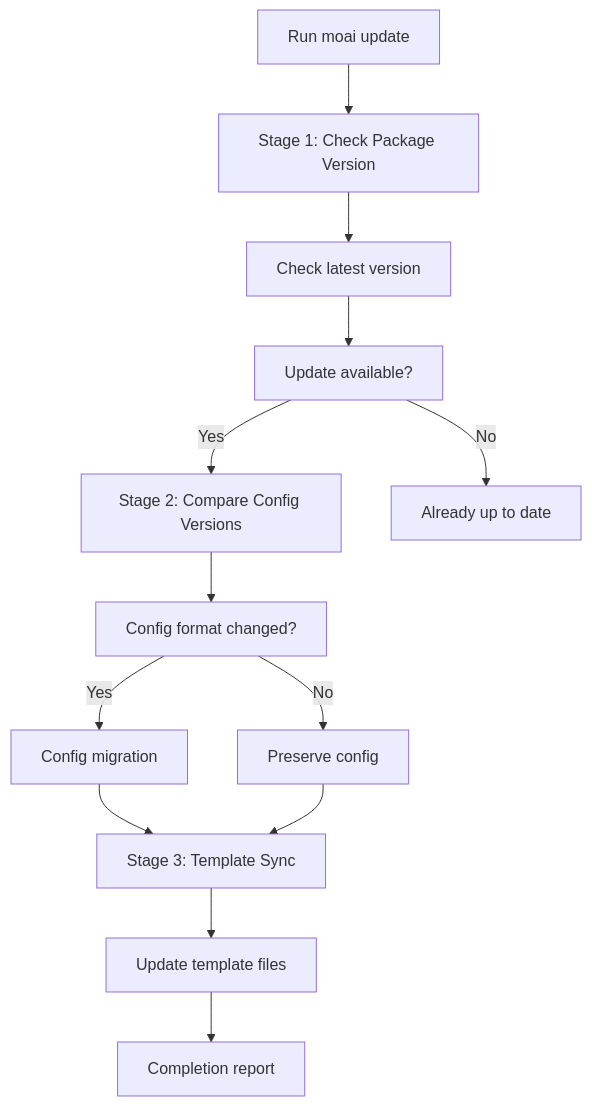
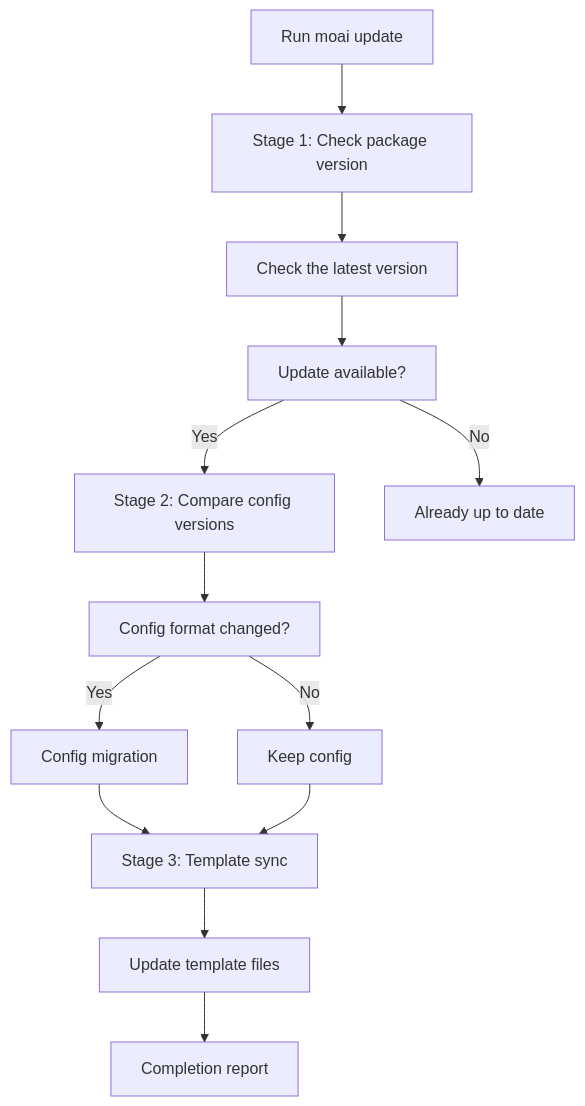
One commit to modu-ai/moai-adk changed the first of 3 diagrams in docs-site/content/en/getting-started/update.md. Above: the diagram before and after it, drawn with Mermaid. The commit also changed other lines of this file and 395 other files, not shown here.

````diff
--- a/docs-site/content/en/getting-started/update.md
+++ b/docs-site/content/en/getting-started/update.md
@@ -21,19 +21,19 @@
 ```mermaid
 flowchart TD
-    A[Run moai update] --> B[Stage 1: Check Package Version]
-    B --> C[Check latest version]
+    A[Run moai update] --> B[Stage 1: Check package version]
+    B --> C[Check the latest version]
     C --> D[Update available?]
 
-    D -->|Yes| E[Stage 2: Compare Config Versions]
+    D -->|Yes| E[Stage 2: Compare config versions]
     D -->|No| F[Already up to date]
 
     E --> G[Config format changed?]
     G -->|Yes| H[Config migration]
-    G -->|No| I[Preserve config]
+    G -->|No| I[Keep config]
 
-    H --> J[Stage 3: Template Sync]
+    H --> J[Stage 3: Template sync]
     I --> J
 
     J --> K[Update template files]
     K --> L[Completion report]
 ```
````
